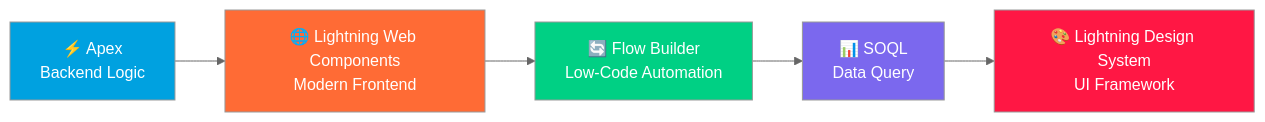
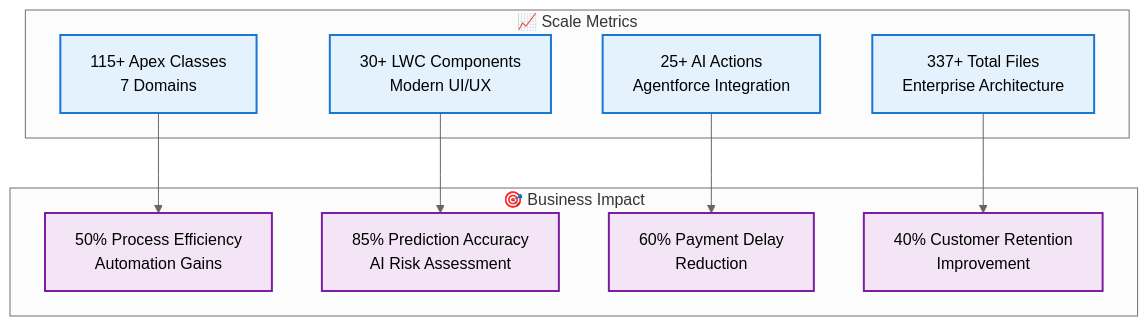
One commit to MoonJH-2/MainOrgProject changed the third of 3 diagrams in README.md. Above: the diagram before and after it, drawn with Mermaid (neutral theme). The commit also changed other lines of this file and 2 other files, not shown here.

````diff
--- a/README.md
+++ b/README.md
@@ -286,19 +368,27 @@
 ```mermaid
-flowchart LR
-    A["⚡ Apex<br>Backend Logic"] --> B["🌐 Lightning Web Components<br>Modern Frontend"]
-    B --> C["🔄 Flow Builder<br>Low-Code Automation"]
-    C --> D["📊 SOQL<br>Data Query"]
-    D --> E["🎨 Lightning Design System<br>UI Framework"]
+graph TD
+    subgraph "📈 Scale Metrics"
+        A[115+ Apex Classes<br/>7 Domains] 
+        B[30+ LWC Components<br/>Modern UI/UX]
+        C[25+ AI Actions<br/>Agentforce Integration]
+        D[337+ Total Files<br/>Enterprise Architecture]
+    end
     
-    classDef apex fill:#00a1e0,color:#fff
-    classDef lwc fill:#ff6b35,color:#fff
-    classDef flow fill:#00d084,color:#fff
-    classDef soql fill:#7b68ee,color:#fff
-    classDef lds fill:#ff1744,color:#fff
+    subgraph "🎯 Business Impact"
+        E[50% Process Efficiency<br/>Automation Gains]
+        F[85% Prediction Accuracy<br/>AI Risk Assessment] 
+        G[60% Payment Delay<br/>Reduction]
+        H[40% Customer Retention<br/>Improvement]
+    end
     
-    A:::apex
-    B:::lwc  
-    C:::flow
-    D:::soql
-    E:::lds
+    A --> E
+    B --> F
+    C --> G
+    D --> H
+    
+    classDef scale fill:#e3f2fd,stroke:#1976d2,stroke-width:2px
+    classDef impact fill:#f3e5f5,stroke:#7b1fa2,stroke-width:2px
+    
+    class A,B,C,D scale
+    class E,F,G,H impact
 ```
````
